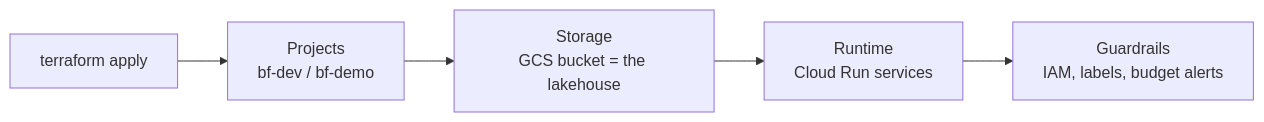
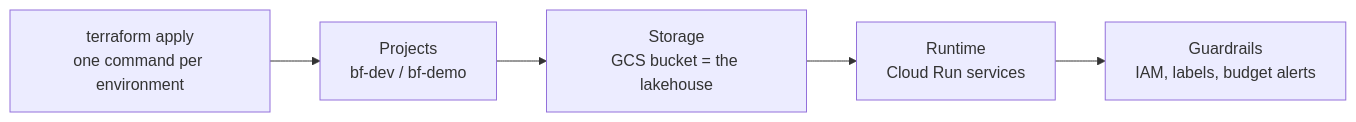
One commit to deathscythe272/blackfork-platform changed the first of 2 diagrams in docs/10-foundation/11-cloud-substrate.md. Above: the diagram before and after it, drawn with Mermaid. The commit also changed other lines of this file and 18 other files, not shown here.

````diff
--- a/docs/10-foundation/11-cloud-substrate.md
+++ b/docs/10-foundation/11-cloud-substrate.md
@@ -20,4 +20,4 @@
 ```mermaid
 flowchart LR
-  A["terraform apply"] --> B["Projects<br>bf-dev / bf-demo"] --> C["Storage<br>GCS bucket = the lakehouse"] --> D["Runtime<br>Cloud Run services"] --> E["Guardrails<br>IAM, labels, budget alerts"]
+  A["terraform apply<br>one command per environment"] --> B["Projects<br>bf-dev / bf-demo"] --> C["Storage<br>GCS bucket = the lakehouse"] --> D["Runtime<br>Cloud Run services"] --> E["Guardrails<br>IAM, labels, budget alerts"]
 ```
````
